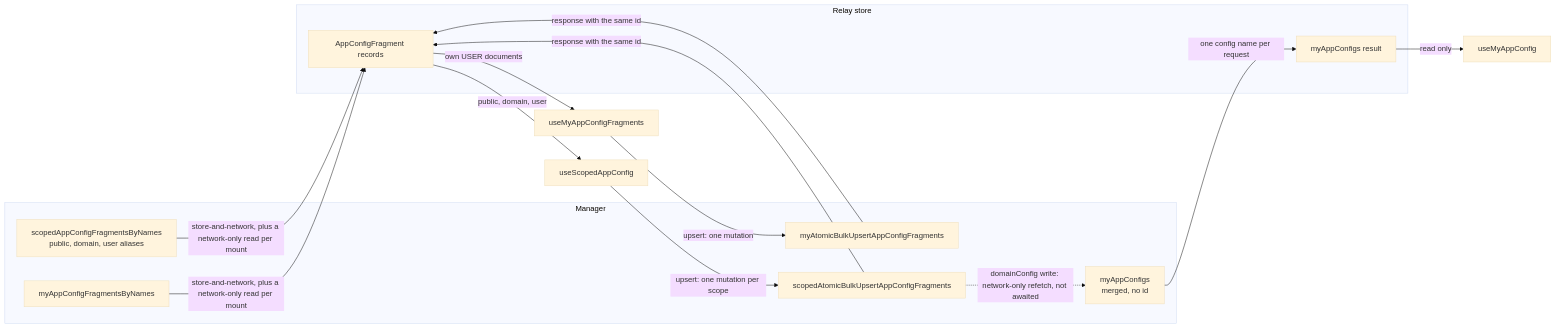
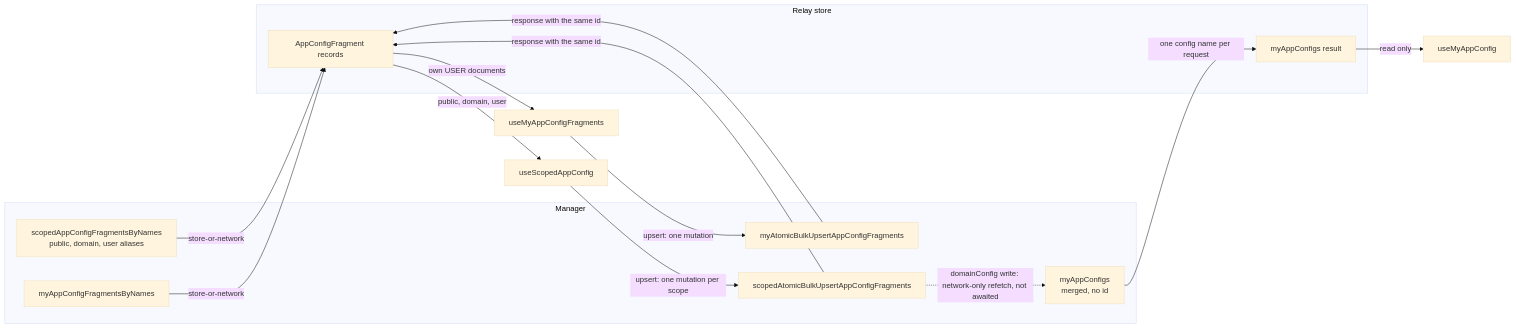
Before and after one commit to lablup/backend.ai-webui: the first of 2 diagrams in docs/adr/0033-scoped-and-merged-app-config-hooks.md, drawn with Mermaid (base theme). The commit also changed other lines of this file and 7 other files, not shown here.

First line of the commit message:
refactor(#11146): read the app config documents once per page load

````diff
--- a/docs/adr/0033-scoped-and-merged-app-config-hooks.md
+++ b/docs/adr/0033-scoped-and-merged-app-config-hooks.md
@@ -23,25 +23,25 @@
 ```mermaid
 flowchart LR
   subgraph manager["Manager"]
     raw["scopedAppConfigFragmentsByNames<br/>public, domain, user aliases"]
     mine["myAppConfigFragmentsByNames"]
     merged["myAppConfigs<br/>merged, no id"]
     upsert["scopedAtomicBulkUpsertAppConfigFragments"]
     myUpsert["myAtomicBulkUpsertAppConfigFragments"]
   end
   subgraph store["Relay store"]
     rawRec["AppConfigFragment records"]
     mergedRec["myAppConfigs result"]
   end
-  raw -- "store-and-network, plus a network-only read per mount" --> rawRec
-  mine -- "store-and-network, plus a network-only read per mount" --> rawRec
+  raw -- "store-or-network" --> rawRec
+  mine -- "store-or-network" --> rawRec
   rawRec -- "public, domain, user" --> scoped["useScopedAppConfig"]
   rawRec -- "own USER documents" --> own["useMyAppConfigFragments"]
   scoped -- "upsert: one mutation per scope" --> upsert
   own -- "upsert: one mutation" --> myUpsert
   upsert -- "response with the same id" --> rawRec
   myUpsert -- "response with the same id" --> rawRec
   upsert -. "domainConfig write: network-only refetch, not awaited" .-> merged
   merged -- "one config name per request" --> mergedRec
   mergedRec -- "read only" --> my["useMyAppConfig"]
 ```
````
